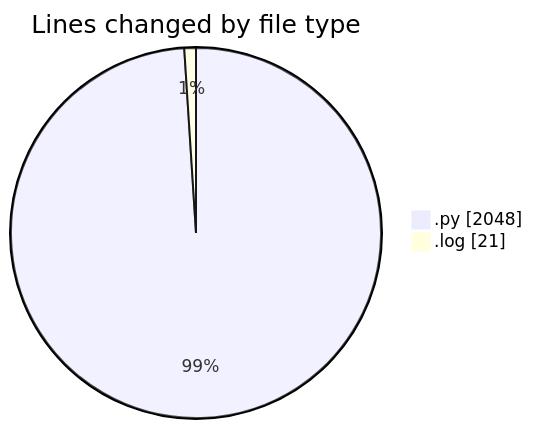
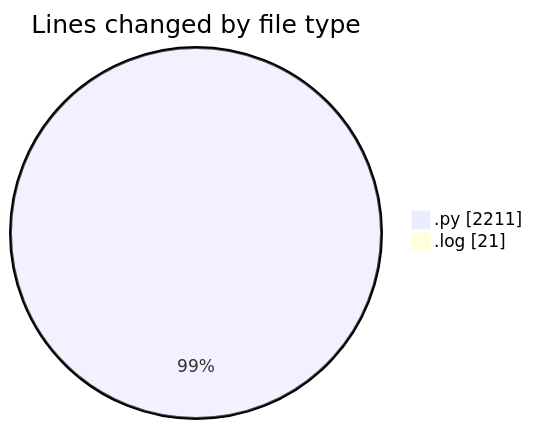
One commit to momahboobian/code-tracking changed the first of 2 diagrams in 2025-05-06/samplepdf/README.md. Above: the diagram before and after it, drawn with Mermaid. The commit also changed other lines of this file and 1 other file, not shown here.

````diff
--- a/2025-05-06/samplepdf/README.md
+++ b/2025-05-06/samplepdf/README.md
@@ -37,6 +38,6 @@
 ```mermaid
 pie showData
 title Lines changed by file type
-".py" : 2048
+".py" : 2211
 ".log" : 21
 ```
````
